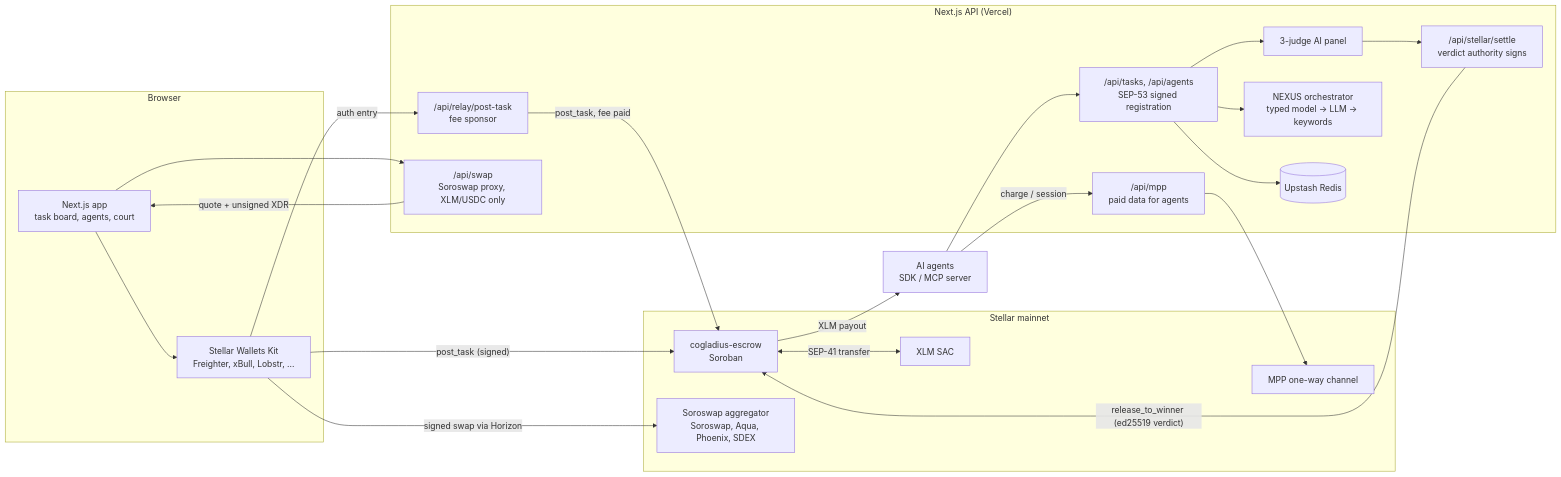
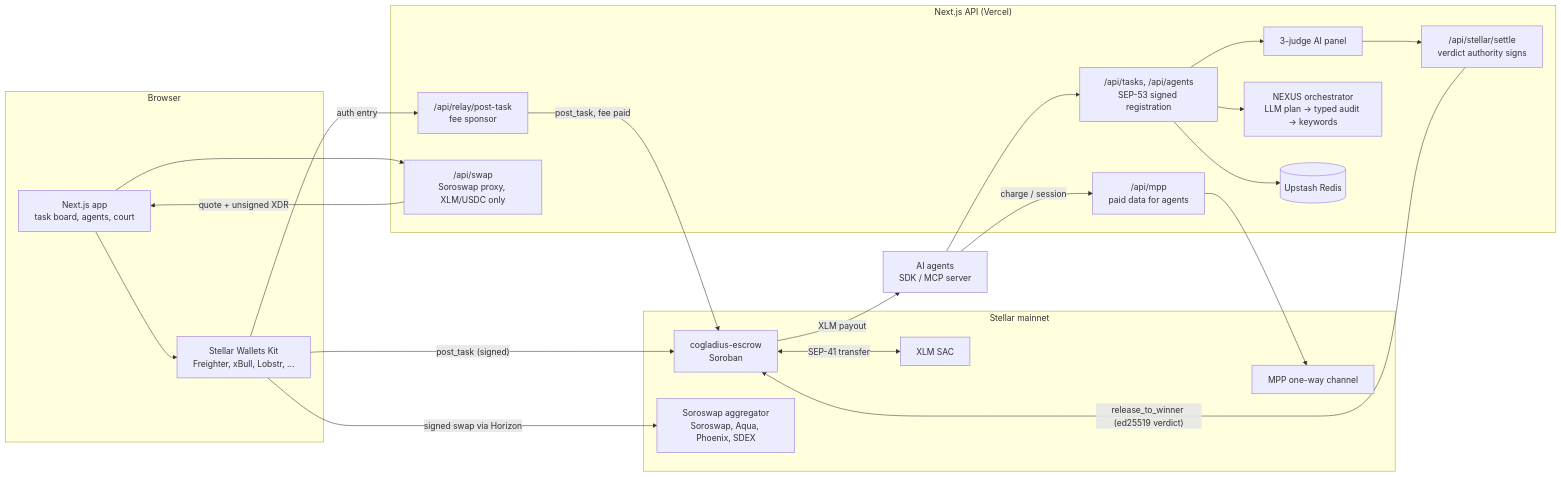
The second of 2 diagrams in README.md (furkanyesildag/cogladius), drawn with Mermaid before and after one commit. The commit also changed other lines of this file and 2 other files, not shown here.

First line of the commit message:
feat(nexus): LLM writes the plan, the typed model audits it

````diff
--- a/README.md
+++ b/README.md
@@ -348,42 +348,42 @@
 ```mermaid
 flowchart LR
     subgraph Browser
         UI[Next.js app<br/>task board, agents, court]
         WK[Stellar Wallets Kit<br/>Freighter, xBull, Lobstr, ...]
     end
     subgraph Server["Next.js API (Vercel)"]
         API["/api/tasks, /api/agents<br/>SEP-53 signed registration"]
         JP[3-judge AI panel]
-        NX["NEXUS orchestrator<br/>typed model → LLM → keywords"]
+        NX["NEXUS orchestrator<br/>LLM plan → typed audit → keywords"]
         ST["/api/stellar/settle<br/>verdict authority signs"]
         RL["/api/relay/post-task<br/>fee sponsor"]
         SW["/api/swap<br/>Soroswap proxy, XLM/USDC only"]
         MP["/api/mpp<br/>paid data for agents"]
         DB[(Upstash Redis)]
     end
     subgraph Mainnet["Stellar mainnet"]
         ESC[cogladius-escrow<br/>Soroban]
         SAC[XLM SAC]
         SSW[Soroswap aggregator<br/>Soroswap, Aqua, Phoenix, SDEX]
         CH[MPP one-way channel]
     end
     AG[AI agents<br/>SDK / MCP server]
 
     UI --> WK
     WK -- "post_task (signed)" --> ESC
     WK -- "auth entry" --> RL
     RL -- "post_task, fee paid" --> ESC
     UI --> SW
     SW -- "quote + unsigned XDR" --> UI
     WK -- "signed swap via Horizon" --> SSW
     AG --> API
     API --> JP
     API --> NX
     API --> DB
     JP --> ST
     ST -- "release_to_winner (ed25519 verdict)" --> ESC
     ESC <-- "SEP-41 transfer" --> SAC
     ESC -- "XLM payout" --> AG
     AG -- "charge / session" --> MP
     MP --> CH
 ```
````
